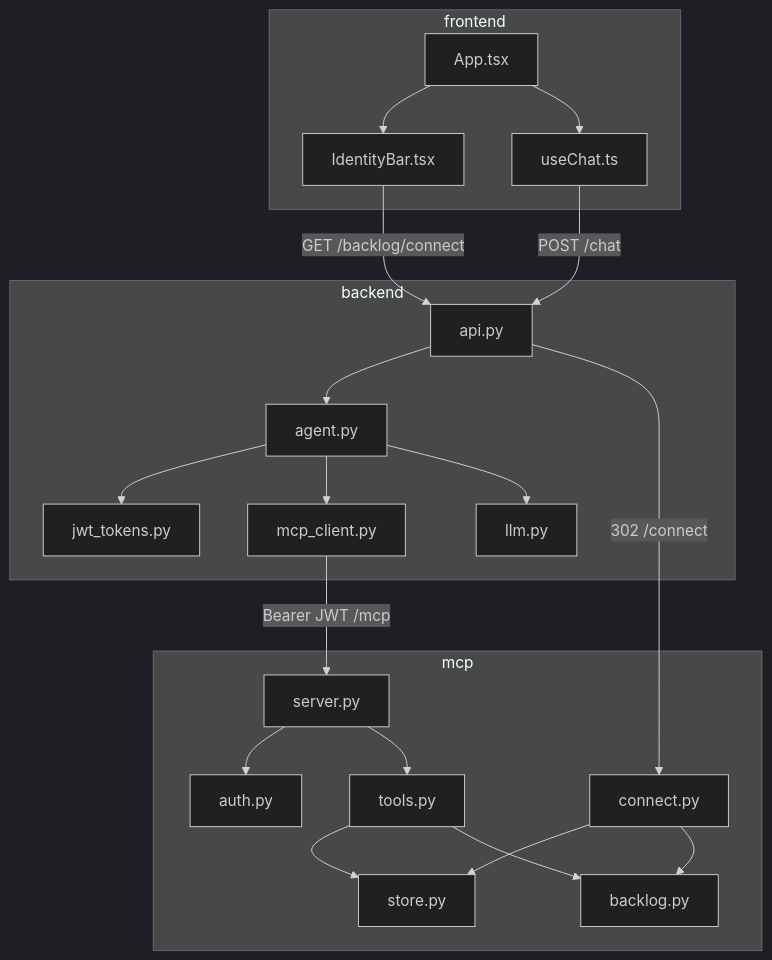
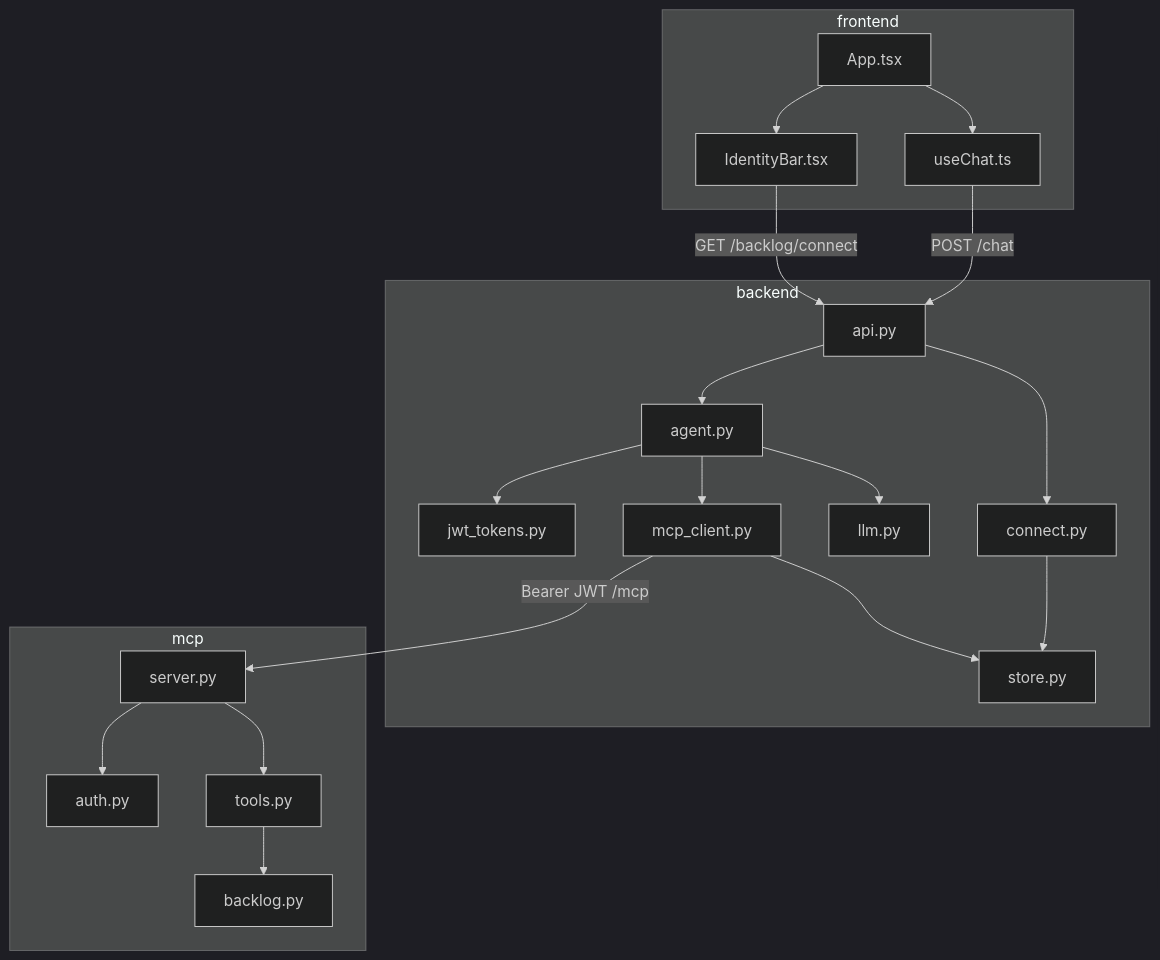
The second of 4 diagrams in v3/README.md (haru-256/backlog-mcp-sandbox), drawn with Mermaid (dark theme) before and after one commit. The commit also changed other lines of this file and 39 other files, not shown here.

First line of the commit message:
Move Backlog OAuth and token storage from MCP onto the Host.

````diff
--- a/v3/README.md
+++ b/v3/README.md
@@ -94,42 +94,41 @@
 ```mermaid
 flowchart TB
   subgraph fe [frontend]
     App[App.tsx]
     Identity[IdentityBar.tsx]
     ChatHook[useChat.ts]
   end
 
   subgraph host [backend]
     Api[api.py]
     Agent[agent.py]
     JwtHost[jwt_tokens.py]
     McpClient[mcp_client.py]
     Llm[llm.py]
+    Connect[connect.py]
+    Store[store.py]
   end
 
   subgraph server [mcp]
     Srv[server.py]
-    Connect[connect.py]
     Auth[auth.py]
     Tools[tools.py]
-    Store[store.py]
     BacklogMod[backlog.py]
   end
 
   App --> Identity
   App --> ChatHook
   Identity -->|"GET /backlog/connect"| Api
   ChatHook -->|"POST /chat"| Api
   Api --> Agent
   Agent --> JwtHost
   Agent --> McpClient
   Agent --> Llm
   McpClient -->|"Bearer JWT /mcp"| Srv
-  Api -->|"302 /connect"| Connect
+  Api --> Connect
+  Connect --> Store
+  McpClient --> Store
   Srv --> Auth
   Srv --> Tools
-  Connect --> Store
-  Tools --> Store
   Tools --> BacklogMod
-  Connect --> BacklogMod
 ```
````
